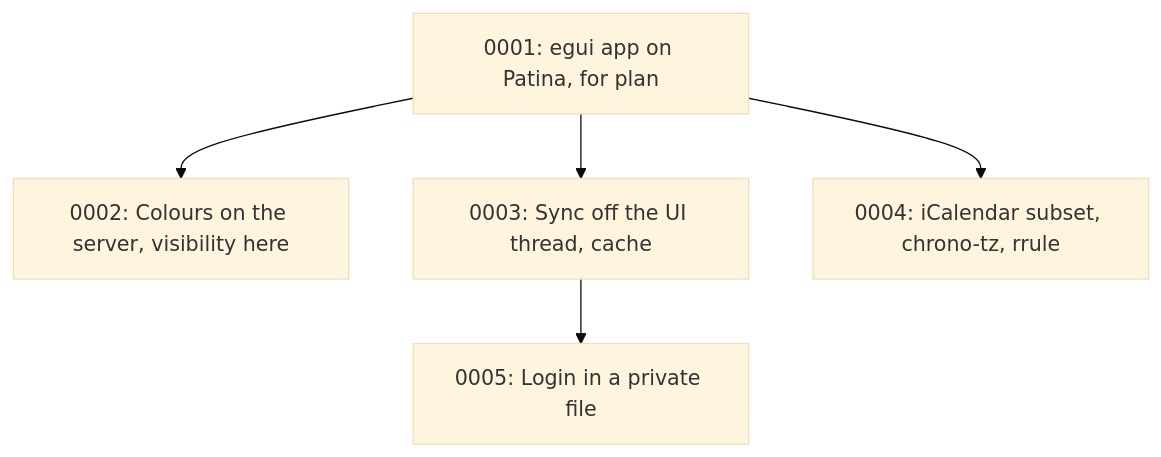
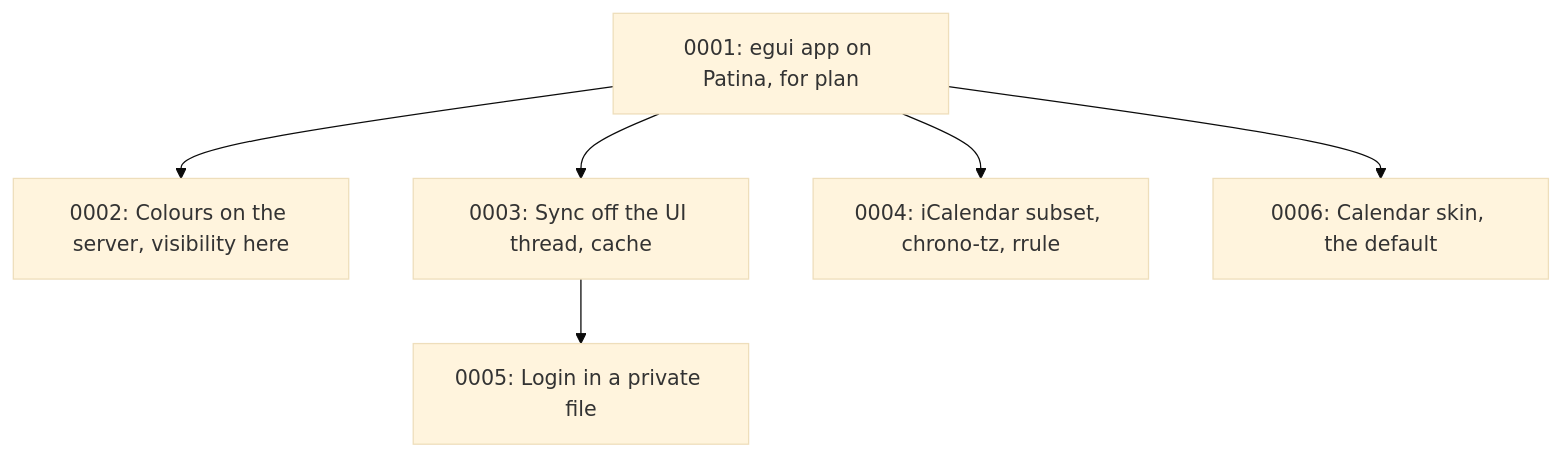
The diagram in calendar/docs/adr/README.md (Sector-F-Labs/patina-desktop), drawn with Mermaid (base theme) before and after one commit. The commit also changed other lines of this file and 8 other files, not shown here.

First line of the commit message:
Add the built-in Calendar skin: a red title bar on paper, like the icon

````diff
--- a/calendar/docs/adr/README.md
+++ b/calendar/docs/adr/README.md
@@ -53,7 +54,8 @@
 ```mermaid
 flowchart TD
     A[0001: egui app on Patina, for plan] --> B[0002: Colours on the server, visibility here]
     A --> C[0003: Sync off the UI thread, cache]
     A --> D[0004: iCalendar subset, chrono-tz, rrule]
     C --> E[0005: Login in a private file]
+    A --> F[0006: Calendar skin, the default]
 ```
````
